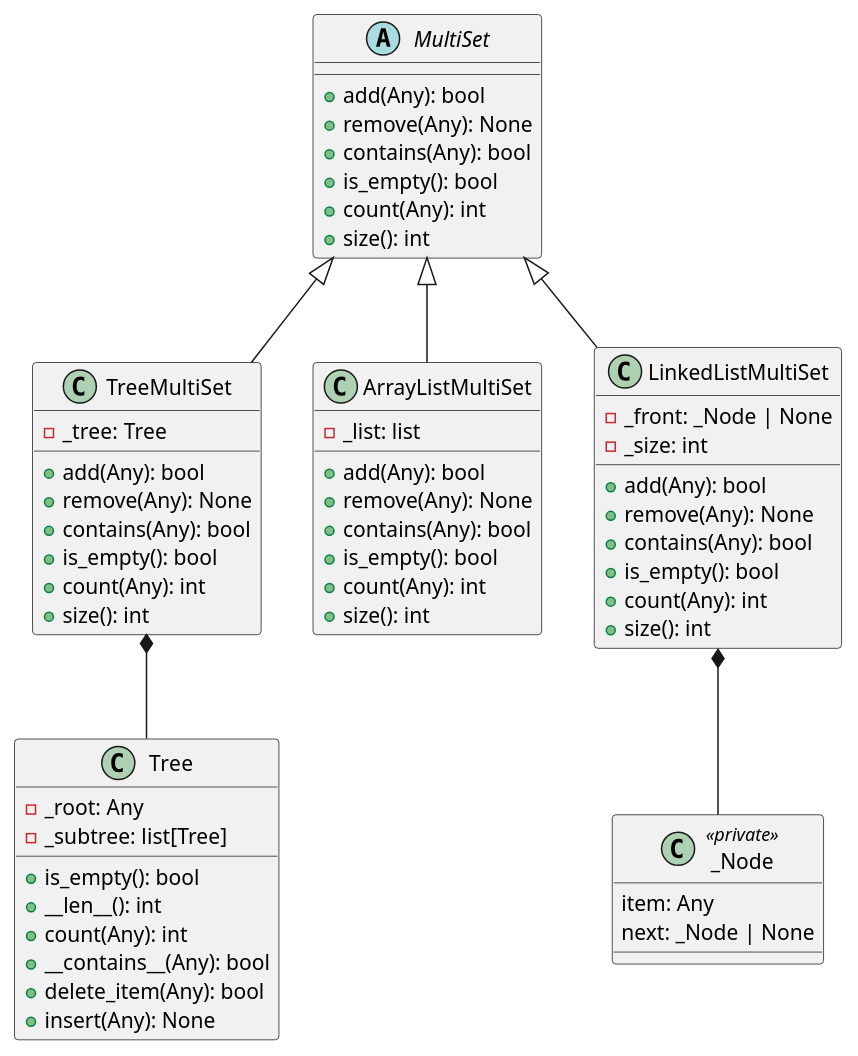
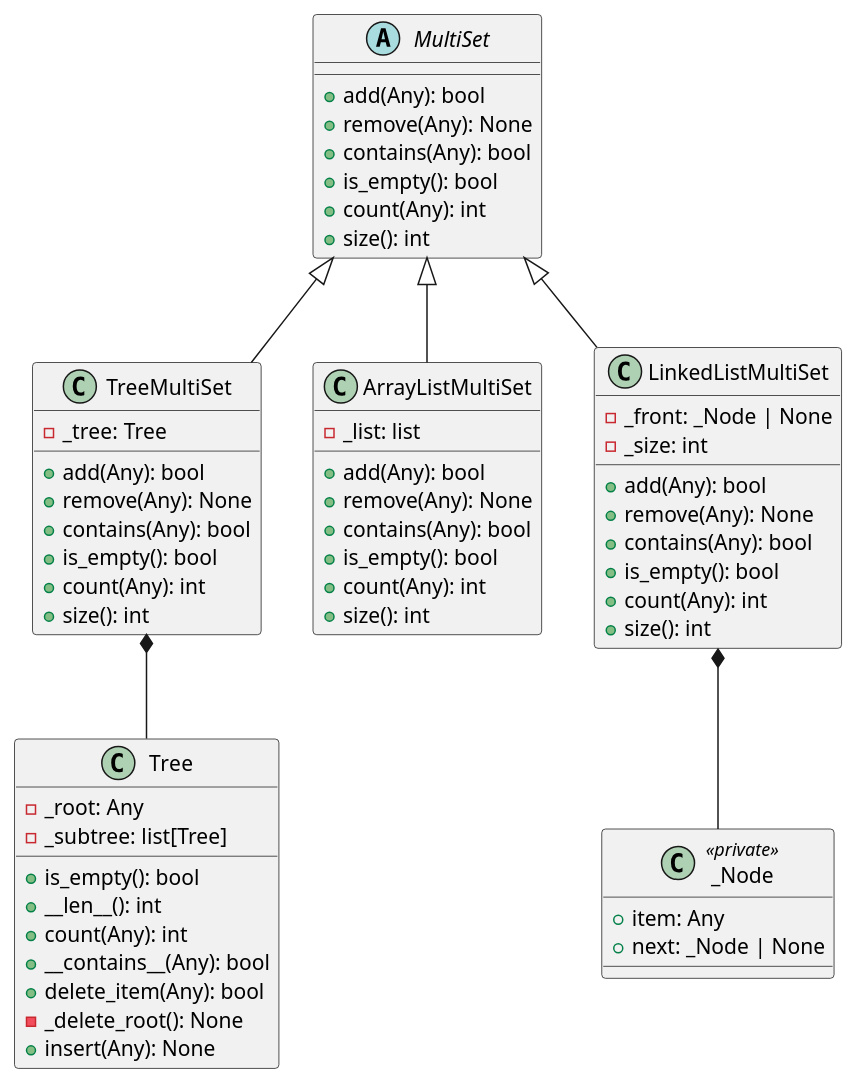
The diagram in src/adt.py UML.puml (katrinasha/multiset-adt), drawn with PlantUML before and after one commit.

Commit message:
added delete_root

```diff
--- a/src/adt.py UML.puml
+++ b/src/adt.py UML.puml
@@ -1,72 +1,73 @@
 @startuml
 'https://plantuml.com/sequence-diagram
 
 
 
 abstract MultiSet {
 +add(Any): bool
 +remove(Any): None
 +contains(Any): bool
 +is_empty(): bool
 +count(Any): int
 +size(): int
 
 }
 
 class Tree {
     -_root: Any
     -_subtree: list[Tree]
 
     +is_empty(): bool
     +__len__(): int
     +count(Any): int
     +__contains__(Any): bool
     +delete_item(Any): bool
+    -_delete_root(): None
     +insert(Any): None
 
 }
 
 MultiSet <|-- TreeMultiSet
 TreeMultiSet *-- Tree
 class TreeMultiSet {
 -_tree: Tree
 +add(Any): bool
 +remove(Any): None
 +contains(Any): bool
 +is_empty(): bool
 +count(Any): int
 +size(): int
 }
 
 MultiSet <|-- ArrayListMultiSet
 class ArrayListMultiSet {
 -_list: list
 +add(Any): bool
 +remove(Any): None
 +contains(Any): bool
 +is_empty(): bool
 +count(Any): int
 +size(): int
 }
 
 MultiSet <|-- LinkedListMultiSet
 LinkedListMultiSet *-- _Node
 class LinkedListMultiSet {
 -_front: _Node | None
 -_size: int
 
 +add(Any): bool
 +remove(Any): None
 +contains(Any): bool
 +is_empty(): bool
 +count(Any): int
 +size(): int
 }
 
 
 class _Node <<private>>{
-item: Any
-next: _Node | None
++item: Any
++next: _Node | None
 }
 
 @enduml
```
